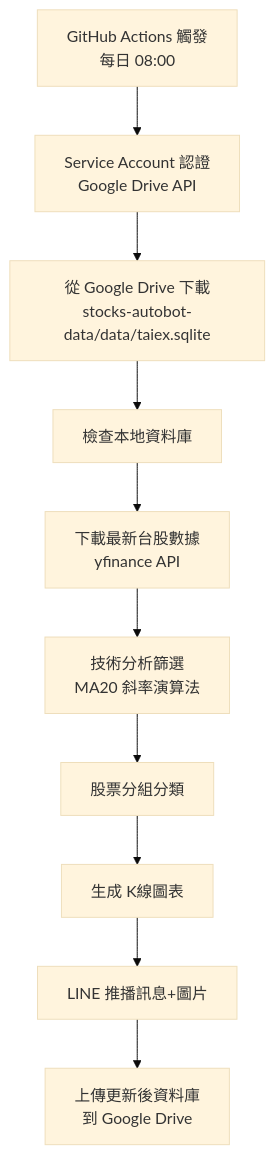
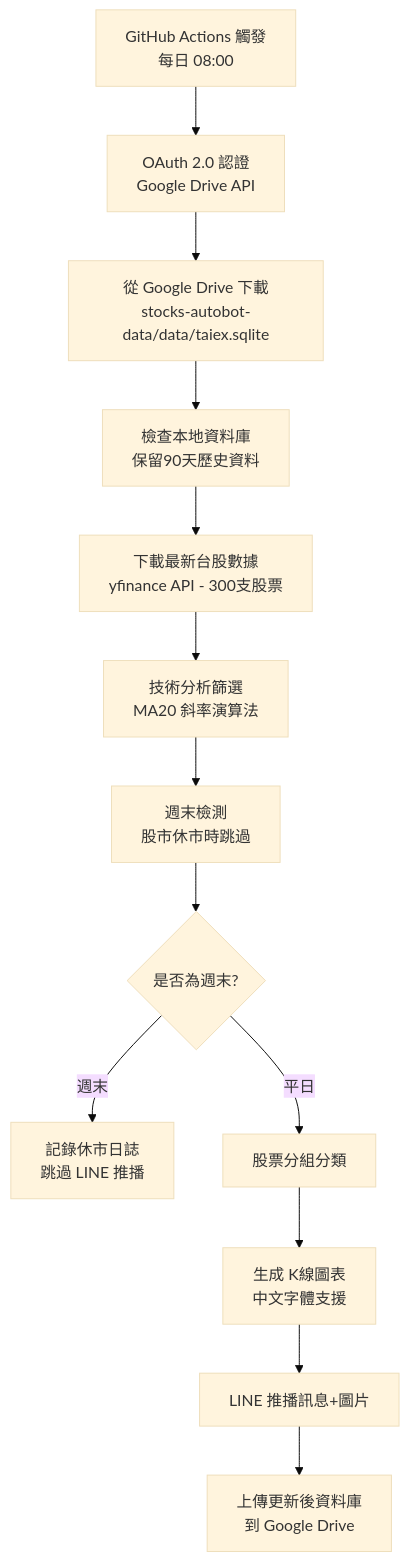
The diagram in README.md (YanShuoPan/Qtrading), drawn with Mermaid (base theme) before and after one commit. The commit also changed other lines of this file, not shown here.

````diff
--- a/README.md
+++ b/README.md
@@ -36,12 +45,15 @@
 ```mermaid
 graph TD
-    A[GitHub Actions 觸發<br/>每日 08:00] --> B[Service Account 認證<br/>Google Drive API]
+    A[GitHub Actions 觸發<br/>每日 08:00] --> B[OAuth 2.0 認證<br/>Google Drive API]
     B --> C[從 Google Drive 下載<br/>stocks-autobot-data/data/taiex.sqlite]
-    C --> D[檢查本地資料庫]
-    D --> E[下載最新台股數據<br/>yfinance API]
+    C --> D[檢查本地資料庫<br/>保留90天歷史資料]
+    D --> E[下載最新台股數據<br/>yfinance API - 300支股票]
     E --> F[技術分析篩選<br/>MA20 斜率演算法]
-    F --> G[股票分組分類]
-    G --> H[生成 K線圖表]
-    H --> I[LINE 推播訊息+圖片]
-    I --> J[上傳更新後資料庫<br/>到 Google Drive]
+    F --> G[週末檢測<br/>股市休市時跳過]
+    G --> H{是否為週末?}
+    H -->|週末| I[記錄休市日誌<br/>跳過 LINE 推播]
+    H -->|平日| J[股票分組分類]
+    J --> K[生成 K線圖表<br/>中文字體支援]
+    K --> L[LINE 推播訊息+圖片]
+    L --> M[上傳更新後資料庫<br/>到 Google Drive]
 ```
````
